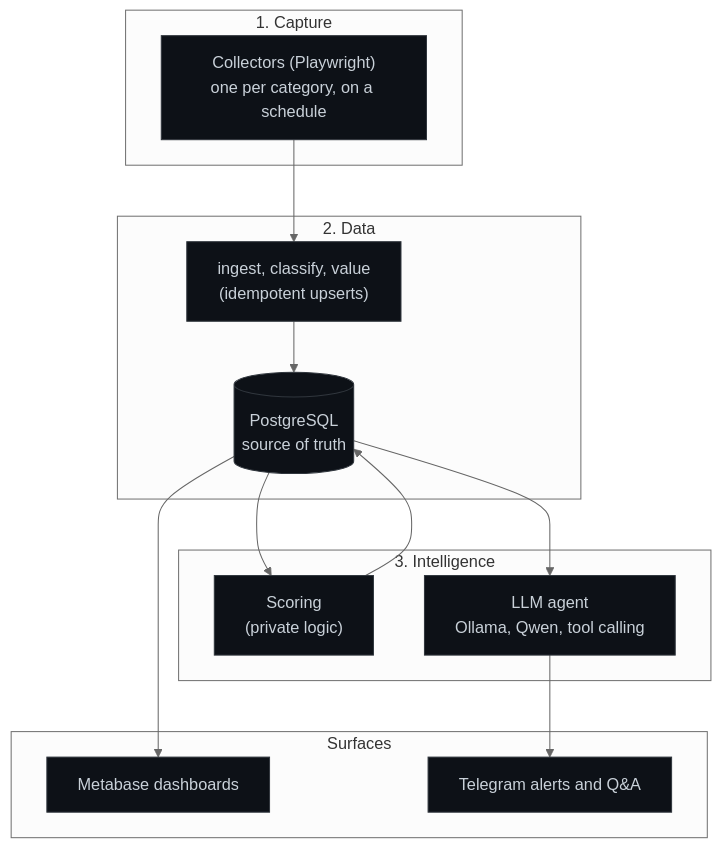
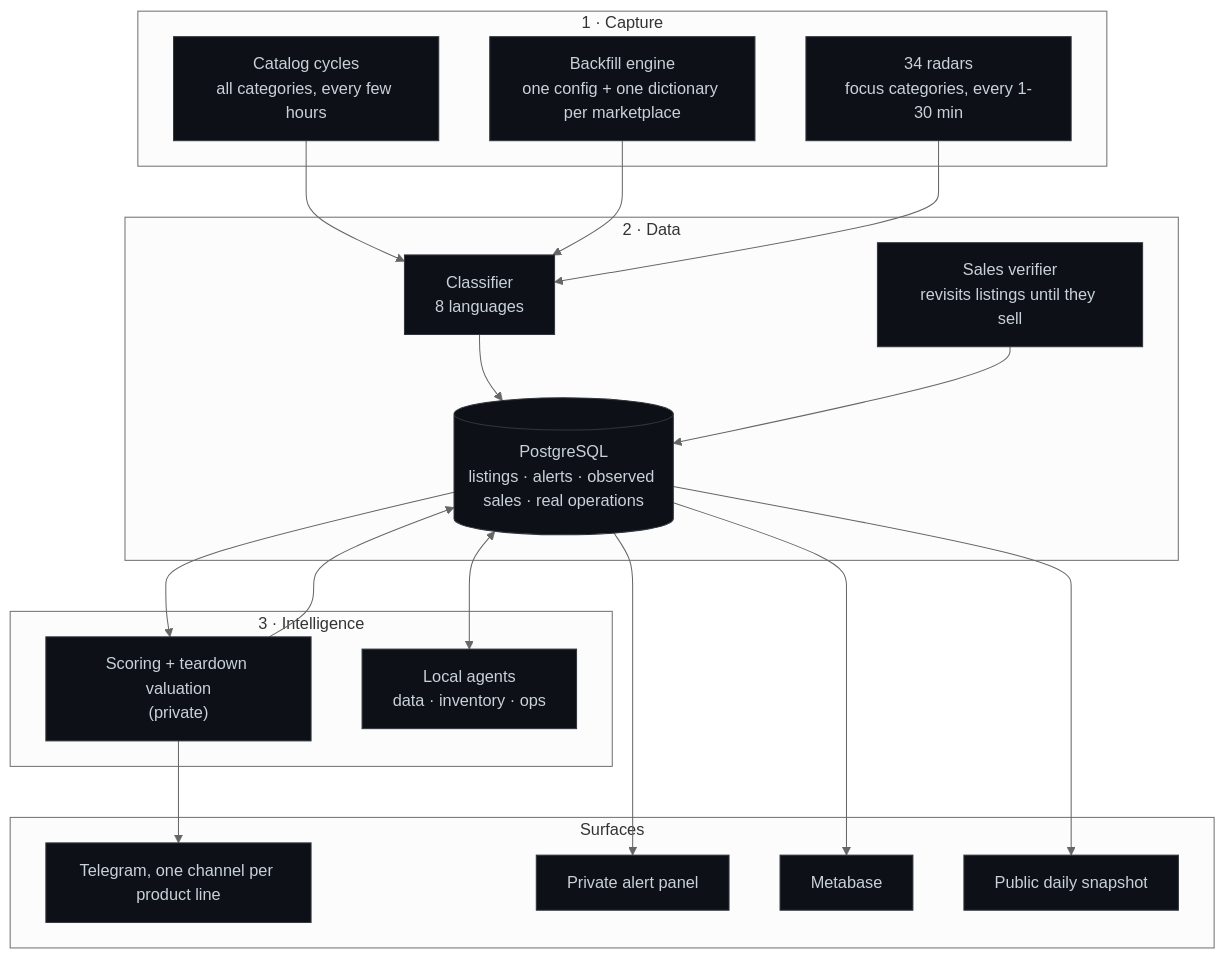
One commit to miguelmoga2002-alt/market-intelligence-agent changed the first of 2 diagrams in docs/architecture.md. Above: the diagram before and after it, drawn with Mermaid (neutral theme). The commit also changed other lines of this file and 6 other files, not shown here.

````diff
--- a/docs/architecture.md
+++ b/docs/architecture.md
@@ -5,26 +7,32 @@
 ```mermaid
 flowchart TD
-    subgraph capture["1. Capture"]
-        S["Collectors (Playwright)<br/>one per category, on a schedule"]
+    subgraph capture["1 · Capture"]
+        CY["Catalog cycles<br/>all categories, every few hours"]
+        RD["34 radars<br/>focus categories, every 1-30 min"]
+        BF["Backfill engine<br/>one config + one dictionary per marketplace"]
     end
-    subgraph data["2. Data"]
-        DB[("PostgreSQL<br/>source of truth")]
-        P["ingest, classify, value<br/>(idempotent upserts)"]
-        S --> P --> DB
+    subgraph data["2 · Data"]
+        CL["Classifier<br/>8 languages"]
+        DB[("PostgreSQL<br/>listings · alerts · observed sales · real operations")]
+        VS["Sales verifier<br/>revisits listings until they sell"]
+        CY & BF --> CL --> DB
+        RD --> CL
+        VS --> DB
     end
-    subgraph intel["3. Intelligence"]
-        SC["Scoring<br/>(private logic)"]
-        AG["LLM agent<br/>Ollama, Qwen, tool calling"]
+    subgraph intel["3 · Intelligence"]
+        SC["Scoring + teardown valuation<br/>(private)"]
+        AG["Local agents<br/>data · inventory · ops"]
         DB --> SC --> DB
-        DB --> AG
+        DB <--> AG
     end
     subgraph out["Surfaces"]
-        M["Metabase dashboards"]
-        T["Telegram alerts and Q&A"]
+        TG["Telegram, one channel per product line"]
+        PN["Private alert panel"]
+        MB["Metabase"]
+        WEB["Public daily snapshot"]
     end
-    AG --> T
-    DB --> M
-
+    SC --> TG
+    DB --> PN & MB & WEB
     classDef box fill:#0d1117,stroke:#30363d,color:#c9d1d9;
-    class S,DB,P,SC,AG,M,T box;
+    class CY,RD,BF,CL,DB,VS,SC,AG,TG,PN,MB,WEB box;
 ```
````
